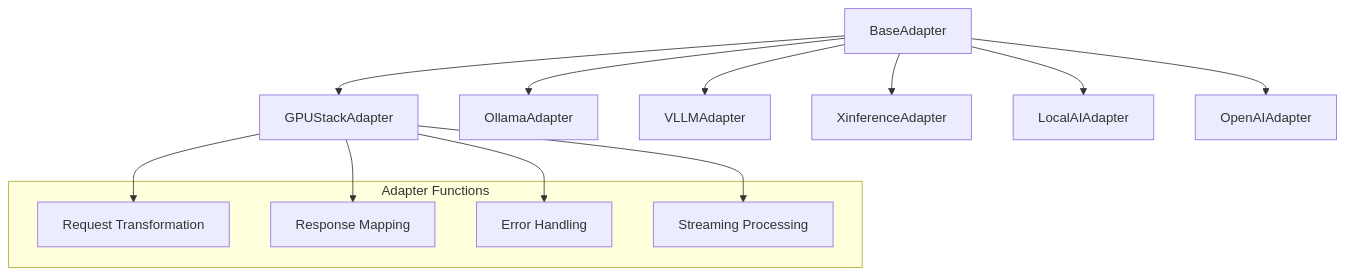
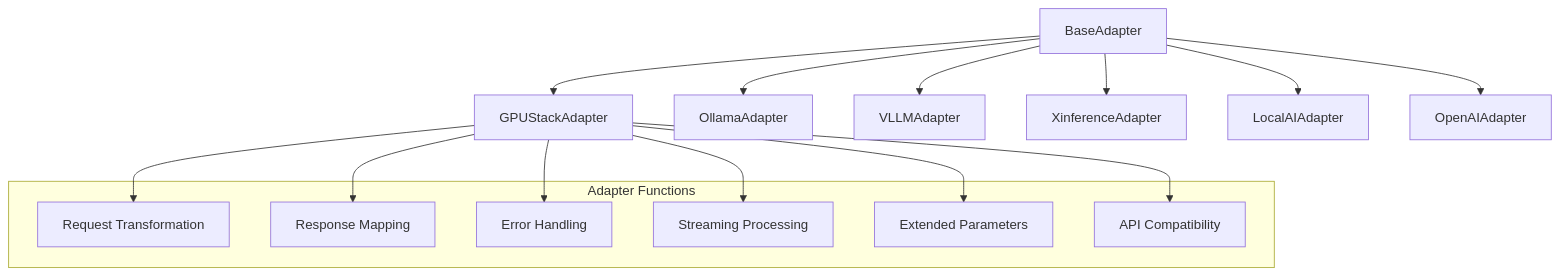
One commit to Lincoln-cn/JAiRouter changed the fourth of 8 diagrams in docs/en/development/architecture.md. Above: the diagram before and after it, drawn with Mermaid. The commit also changed other lines of this file and 15 other files, not shown here.

````diff
--- a/docs/en/development/architecture.md
+++ b/docs/en/development/architecture.md
@@ -120,21 +116,25 @@
 ```mermaid
 graph TB
     A[BaseAdapter] --> B[GPUStackAdapter]
     A --> C[OllamaAdapter]
     A --> D[VLLMAdapter]
     A --> E[XinferenceAdapter]
     A --> F[LocalAIAdapter]
     A --> G[OpenAIAdapter]
-    
+
     subgraph "Adapter Functions"
         H[Request Transformation]
         I[Response Mapping]
         J[Error Handling]
         K[Streaming Processing]
+        L[Extended Parameters]
+        M[API Compatibility]
     end
-    
+
     B --> H
     B --> I
     B --> J
     B --> K
+    B --> L
+    B --> M
 ```
````
